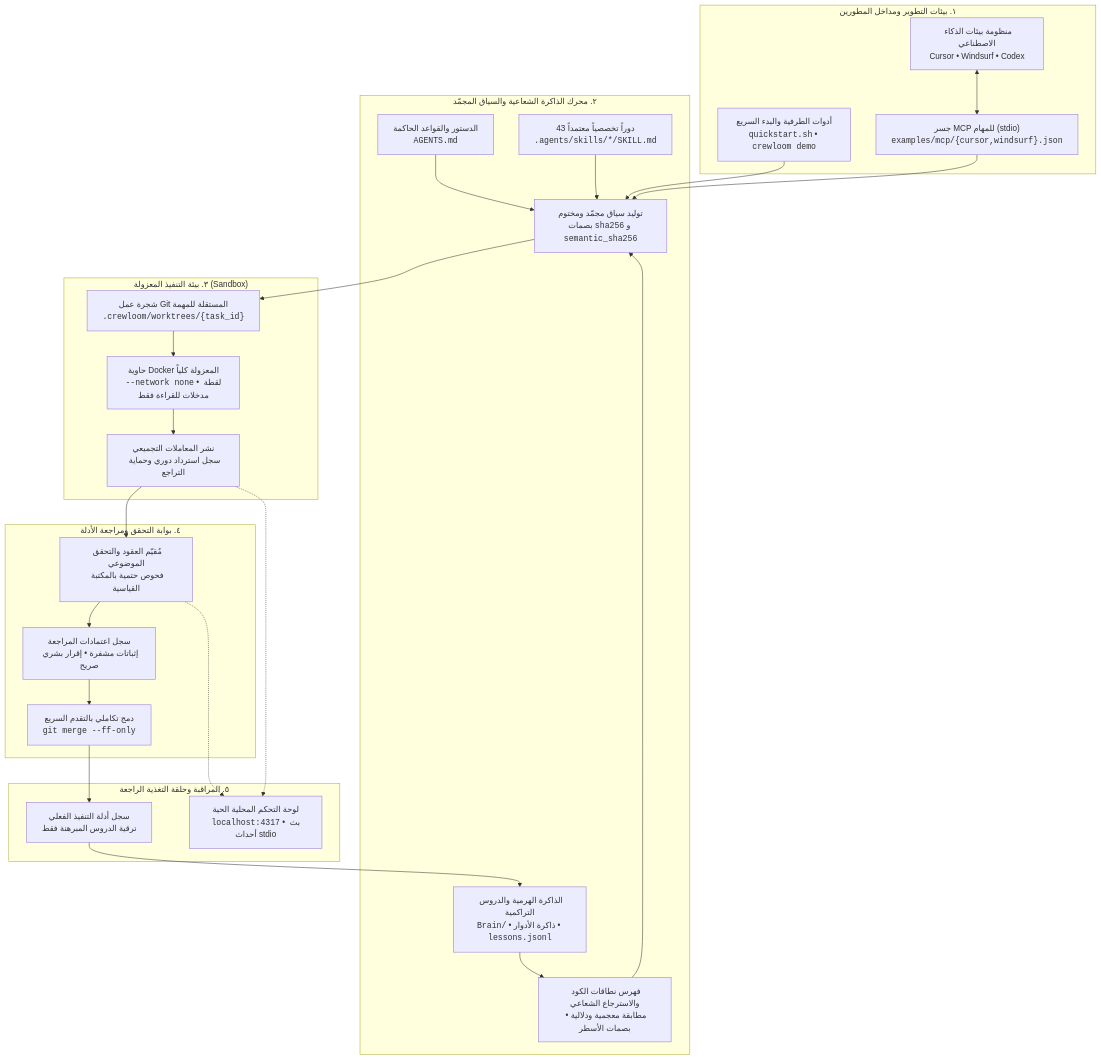
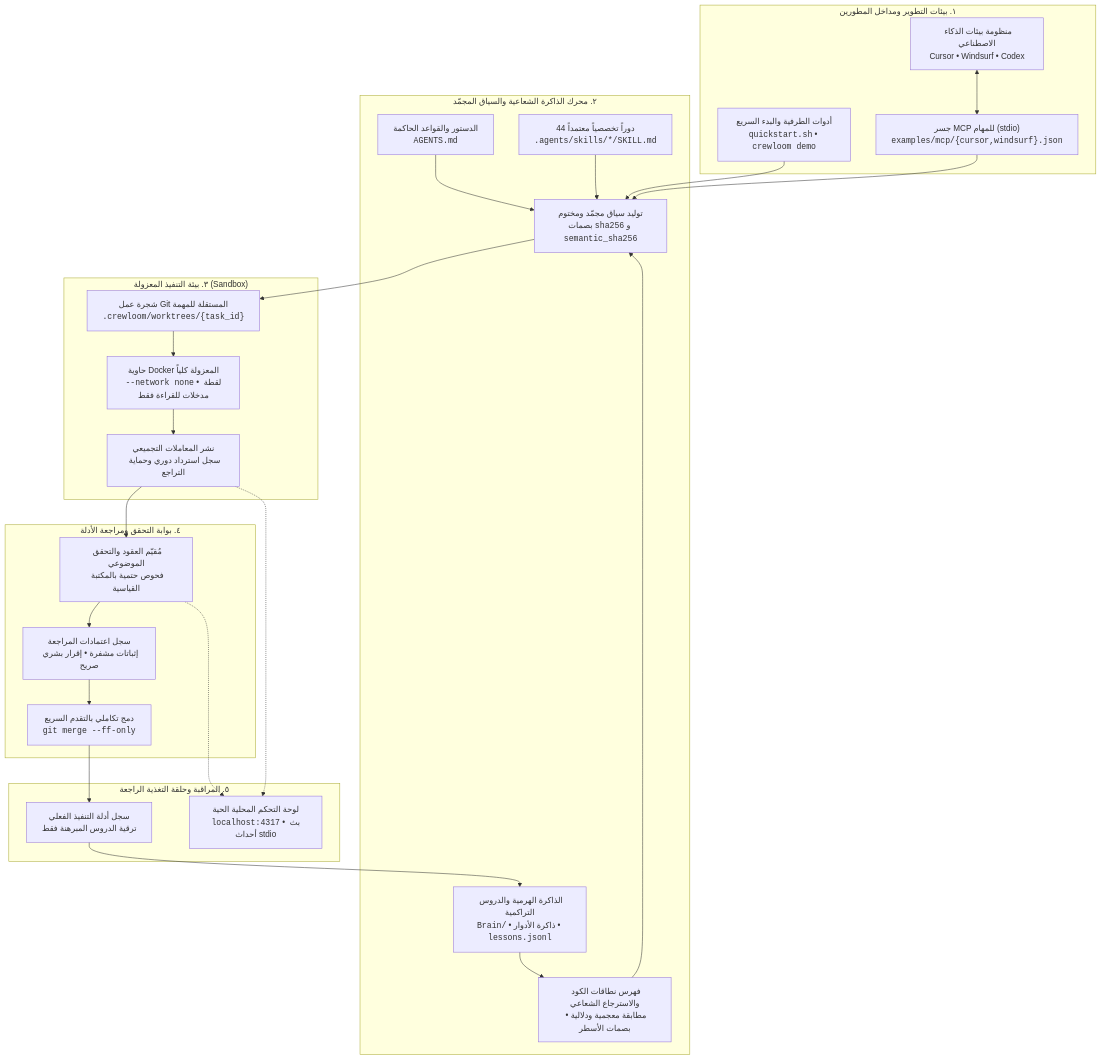
Before and after one commit to crewloom/crewloom: the diagram in README.ar.md, drawn with Mermaid. The commit also changed other lines of this file and 29 other files, not shown here.

First line of the commit message:
Add distributed-systems-architect role, system-design checker, and architecture workflow (44 roles, 20 tools) (#43)

````diff
--- a/README.ar.md
+++ b/README.ar.md
@@ -40,54 +40,54 @@
 ```mermaid
 flowchart TD
     subgraph IDE ["١. بيئات التطوير ومداخل المطورين"]
         CLI["أدوات الطرفية والبدء السريع<br/><code>quickstart.sh</code> • <code>crewloom demo</code>"]
         IDEs["منظومة بيئات الذكاء الاصطناعي<br/>Cursor • Windsurf • Codex"]
         MCP["جسر MCP للمهام (stdio)<br/><code>examples/mcp/{cursor,windsurf}.json</code>"]
         IDEs <--> MCP
     end
 
     subgraph Memory ["٢. محرك الذاكرة الشعاعية والسياق المجمّد"]
         Rules["الدستور والقواعد الحاكمة<br/><code>AGENTS.md</code>"]
-        Roles["43 دوراً تخصصياً معتمداً<br/><code>.agents/skills/*/SKILL.md</code>"]
+        Roles["44 دوراً تخصصياً معتمداً<br/><code>.agents/skills/*/SKILL.md</code>"]
         Brain["الذاكرة الهرمية والدروس التراكمية<br/><code>Brain/</code> • ذاكرة الأدوار • <code>lessons.jsonl</code>"]
         Indexer["فهرس نطاقات الكود والاسترجاع الشعاعي<br/>مطابقة معجمية ودلالية • بصمات الأسطر"]
         FrozenGen["توليد سياق مجمّد ومختوم<br/>بصمات <code>sha256</code> و <code>semantic_sha256</code>"]
         
         Rules --> FrozenGen
         Roles --> FrozenGen
         Brain --> Indexer
         Indexer --> FrozenGen
     end
 
     subgraph Sandbox ["٣. بيئة التنفيذ المعزولة (Sandbox)"]
         Worktree["شجرة عمل Git المستقلة للمهمة<br/><code>.crewloom/worktrees/{task_id}</code>"]
         Docker["حاوية Docker المعزولة كلياً<br/><code>--network none</code> • لقطة مدخلات للقراءة فقط"]
         Journal["نشر المعاملات التجميعي<br/>سجل استرداد دوري وحماية التراجع"]
         
         Worktree --> Docker
         Docker --> Journal
     end
 
     subgraph Verification ["٤. بوابة التحقق ومراجعة الأدلة"]
         Gate["مُقيّم العقود والتحقق الموضوعي<br/>فحوص حتمية بالمكتبة القياسية"]
         Reviewer["سجل اعتمادات المراجعة<br/>إثباتات مشفرة • إقرار بشري صريح"]
         GitMerge["دمج تكاملي بالتقدم السريع<br/><code>git merge --ff-only</code>"]
         
         Journal --> Gate
         Gate --> Reviewer
         Reviewer --> GitMerge
     end
 
     subgraph Feedback ["٥. المراقبة وحلقة التغذية الراجعة"]
         Dashboard["لوحة التحكم المحلية الحية<br/><code>localhost:4317</code> • بث أحداث stdio"]
         Evidence["سجل أدلة التنفيذ الفعلي<br/>ترقية الدروس المبرهنة فقط"]
     end
 
     CLI --> FrozenGen
     MCP --> FrozenGen
     FrozenGen --> Worktree
     GitMerge --> Evidence
     Evidence --> Brain
     Gate -.-> Dashboard
     Journal -.-> Dashboard
 ```
````
